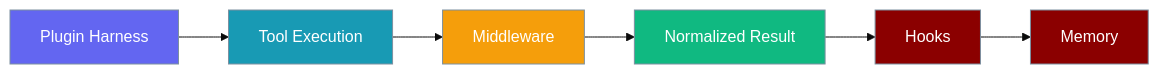
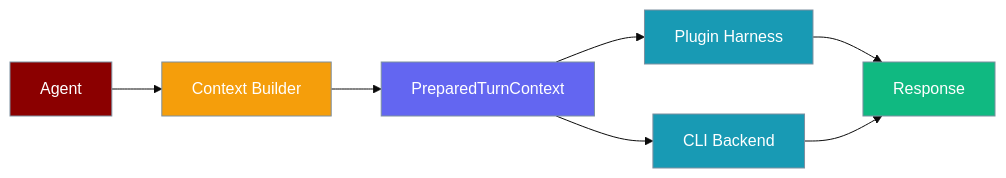
One commit to MervinPraison/PraisonAIDocs changed the first of 3 diagrams in docs/features/runtime-tool-result-middleware.mdx. Above: the diagram before and after it, drawn with Mermaid (base theme). The commit also changed other lines of this file, not shown here.

First line of the commit message:
docs: fix SDK accuracy — replace non-existent middleware API with actual runtime module docs (fixes #662)

````diff
--- a/docs/features/runtime-tool-result-middleware.mdx
+++ b/docs/features/runtime-tool-result-middleware.mdx
@@ -10,20 +10,21 @@
 ```mermaid
 graph LR
-    H[Plugin Harness] --> T[Tool Execution]
-    T --> M[Middleware]
-    M --> N[Normalized Result]
-    N --> Hook[Hooks]
-    Hook --> Mem[Memory]
+    A[Agent] --> B[Context Builder]
+    B --> C[PreparedTurnContext]
+    C --> D[Plugin Harness]
+    C --> E[CLI Backend]
+    D --> F[Response]
+    E --> F
 
-    classDef harness fill:#6366F1,stroke:#7C90A0,color:#fff
-    classDef tool fill:#189AB4,stroke:#7C90A0,color:#fff
-    classDef middleware fill:#F59E0B,stroke:#7C90A0,color:#fff
-    classDef normalized fill:#10B981,stroke:#7C90A0,color:#fff
-    classDef downstream fill:#8B0000,stroke:#7C90A0,color:#fff
+    classDef agent fill:#8B0000,stroke:#7C90A0,color:#fff
+    classDef builder fill:#F59E0B,stroke:#7C90A0,color:#fff
+    classDef context fill:#6366F1,stroke:#7C90A0,color:#fff
+    classDef harness fill:#189AB4,stroke:#7C90A0,color:#fff
+    classDef result fill:#10B981,stroke:#7C90A0,color:#fff
 
-    class H harness
-    class T tool
-    class M middleware
-    class N normalized
-    class Hook,Mem downstream
+    class A agent
+    class B builder
+    class C context
+    class D,E harness
+    class F result
 ```
````
